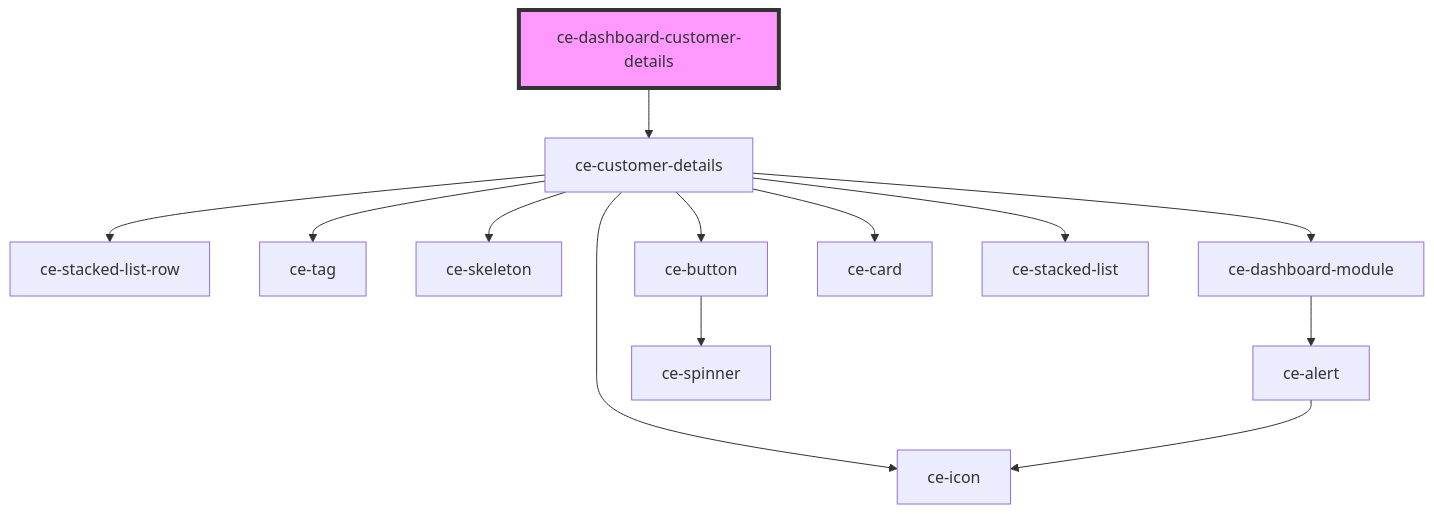
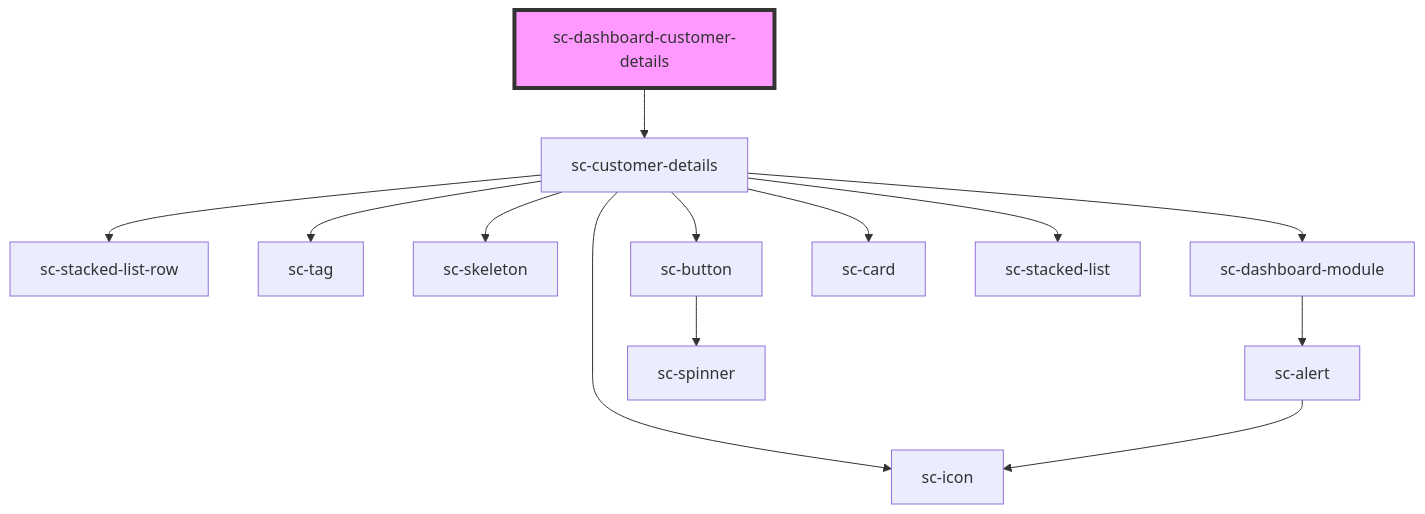
One commit to surecart/surecart-wp-plugin changed the diagram in packages/components/src/components/controllers/dashboard/customer-details/readme.md. Above: the diagram before and after it, drawn with Mermaid. The commit also changed other lines of this file and 1281 other files, not shown here.

````diff
--- a/packages/components/src/components/controllers/dashboard/customer-details/readme.md
+++ b/packages/components/src/components/controllers/dashboard/customer-details/readme.md
@@ -23,16 +23,16 @@
 ```mermaid
 graph TD;
-  ce-dashboard-customer-details --> ce-customer-details
-  ce-customer-details --> ce-stacked-list-row
-  ce-customer-details --> ce-tag
-  ce-customer-details --> ce-skeleton
-  ce-customer-details --> ce-dashboard-module
-  ce-customer-details --> ce-button
-  ce-customer-details --> ce-icon
-  ce-customer-details --> ce-card
-  ce-customer-details --> ce-stacked-list
-  ce-dashboard-module --> ce-alert
-  ce-alert --> ce-icon
-  ce-button --> ce-spinner
-  style ce-dashboard-customer-details fill:#f9f,stroke:#333,stroke-width:4px
+  sc-dashboard-customer-details --> sc-customer-details
+  sc-customer-details --> sc-stacked-list-row
+  sc-customer-details --> sc-tag
+  sc-customer-details --> sc-skeleton
+  sc-customer-details --> sc-dashboard-module
+  sc-customer-details --> sc-button
+  sc-customer-details --> sc-icon
+  sc-customer-details --> sc-card
+  sc-customer-details --> sc-stacked-list
+  sc-dashboard-module --> sc-alert
+  sc-alert --> sc-icon
+  sc-button --> sc-spinner
+  style sc-dashboard-customer-details fill:#f9f,stroke:#333,stroke-width:4px
 ```
````
